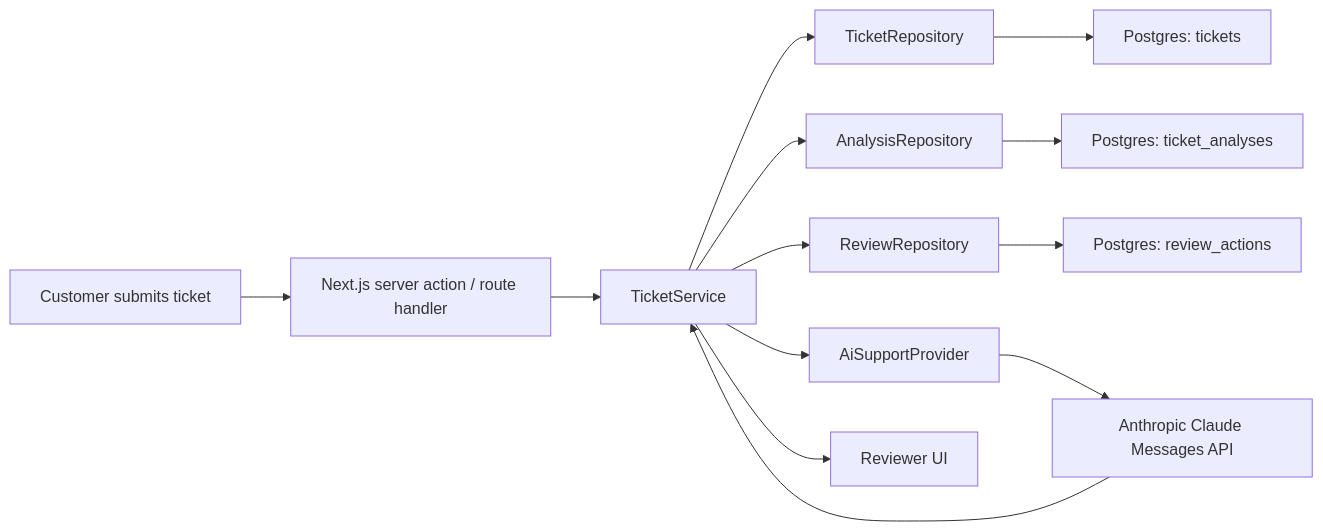
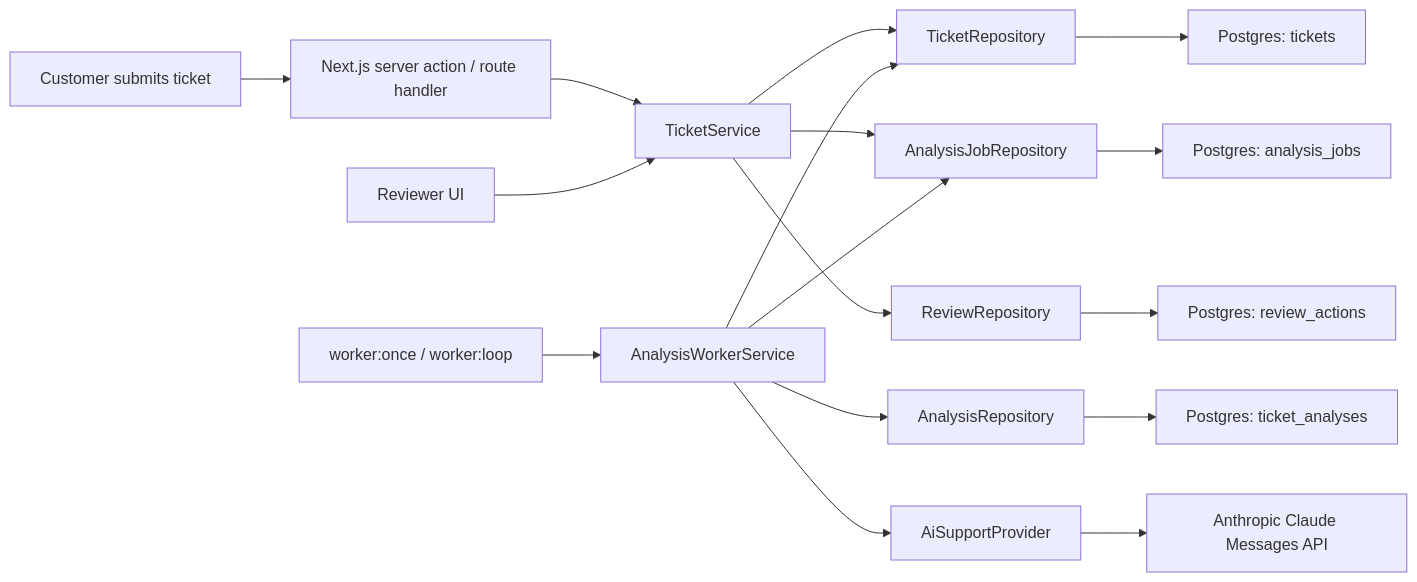
Before and after one commit to suryasdas/ai-workflow: the first of 4 diagrams in README.md, drawn with Mermaid. The commit also changed other lines of this file, not shown here.

````diff
--- a/README.md
+++ b/README.md
@@ -42,15 +53,21 @@
 ```mermaid
 flowchart LR
     A["Customer submits ticket"] --> B["Next.js server action / route handler"]
     B --> C["TicketService"]
     C --> D["TicketRepository"]
-    C --> E["AnalysisRepository"]
-    C --> F["ReviewRepository"]
-    C --> G["AiSupportProvider"]
-    D --> H["Postgres: tickets"]
-    E --> I["Postgres: ticket_analyses"]
-    F --> J["Postgres: review_actions"]
-    G --> K["Anthropic Claude Messages API"]
-    K --> C
-    C --> L["Reviewer UI"]
+    C --> E["AnalysisJobRepository"]
+    D --> F["Postgres: tickets"]
+    E --> G["Postgres: analysis_jobs"]
+
+    H["worker:once / worker:loop"] --> I["AnalysisWorkerService"]
+    I --> D
+    I --> E
+    I --> J["AnalysisRepository"]
+    I --> K["AiSupportProvider"]
+    J --> L["Postgres: ticket_analyses"]
+    K --> M["Anthropic Claude Messages API"]
+
+    N["Reviewer UI"] --> C
+    C --> O["ReviewRepository"]
+    O --> P["Postgres: review_actions"]
 ```
````
